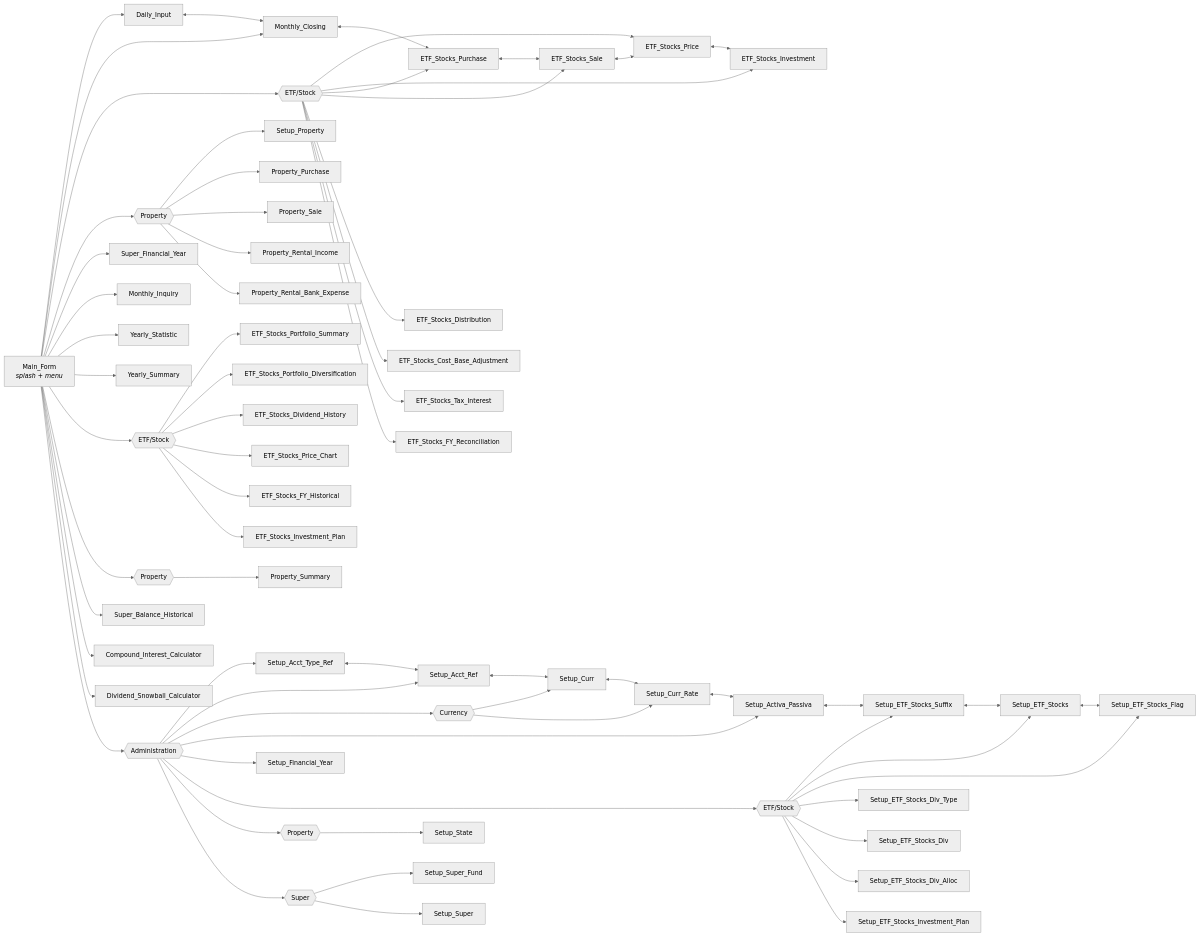
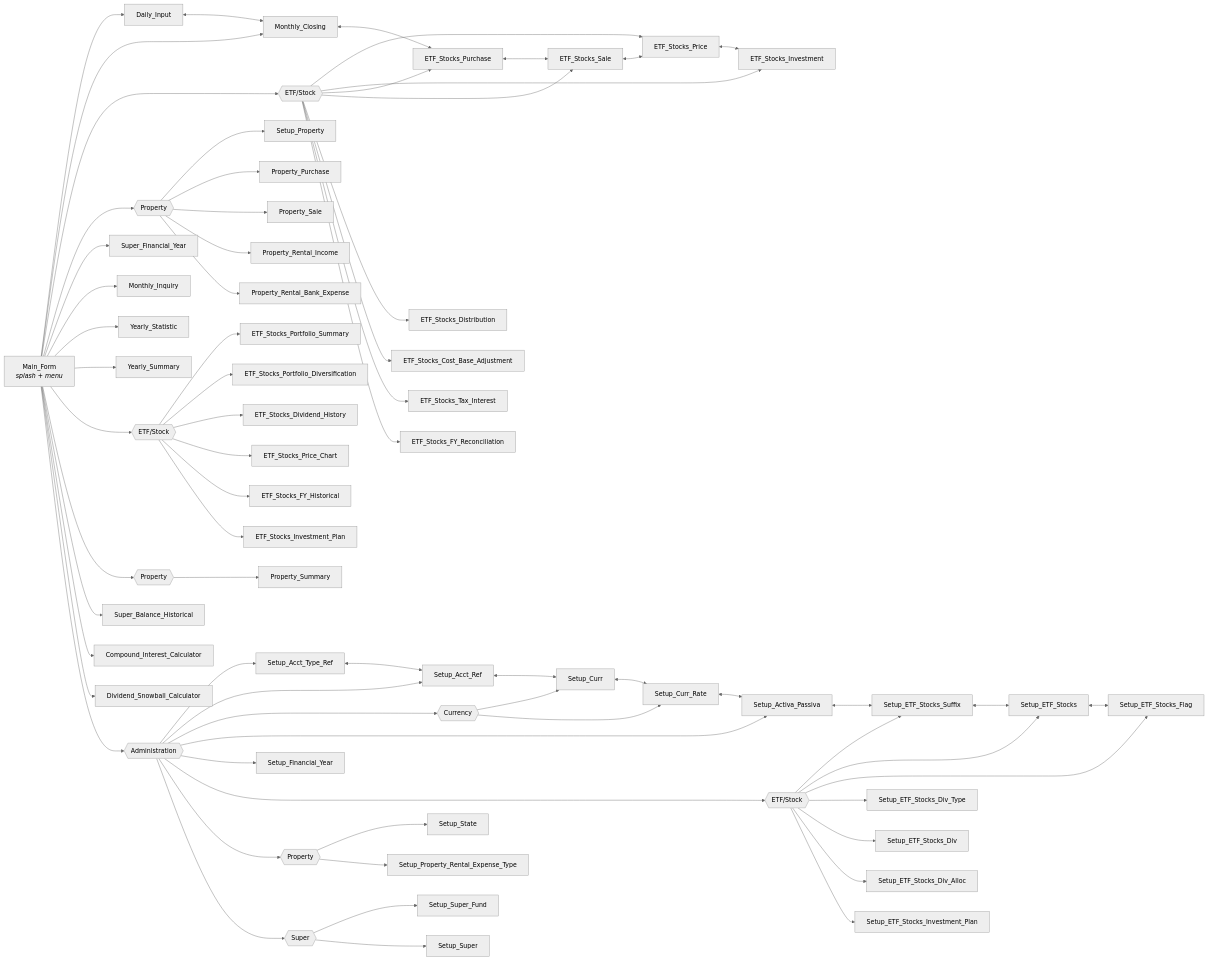
The second of 3 diagrams in README.md (oscar-rijadi/FinancialBalance), drawn with Mermaid (neutral theme) before and after one commit. The commit also changed other lines of this file and 63 other files, not shown here.

Commit message:
Implemen Property Rental Expense Type

````diff
--- a/README.md
+++ b/README.md
@@ -110,74 +110,75 @@
 ```mermaid
 flowchart LR
     MAIN["Main_Form<br/><i>splash + menu</i>"]
 
     MAIN --> DI["Daily_Input"]
     MAIN --> MC["Monthly_Closing"]
     MAIN --> PETFG{{"ETF/Stock"}}
     PETFG --> ETP["ETF_Stocks_Price"]
     PETFG --> ETI["ETF_Stocks_Investment"]
     PETFG --> ETB["ETF_Stocks_Purchase"]
     PETFG --> ETS["ETF_Stocks_Sale"]
     PETFG --> ETD["ETF_Stocks_Distribution"]
     PETFG --> ECB["ETF_Stocks_Cost_Base_Adjustment"]
     PETFG --> ETI2["ETF_Stocks_Tax_Interest"]
     PETFG --> ETR["ETF_Stocks_FY_Reconciliation"]
     MAIN --> PPROPG{{"Property"}}
     PPROPG --> SPROP["Setup_Property"]
     PPROPG --> PPUR["Property_Purchase"]
     PPROPG --> PSAL["Property_Sale"]
     PPROPG --> PRI["Property_Rental_Income"]
     PPROPG --> PRBE["Property_Rental_Bank_Expense"]
     MAIN --> SFYP["Super_Financial_Year"]
     MAIN --> MI["Monthly_Inquiry"]
     MAIN --> YT["Yearly_Statistic"]
     MAIN --> YS["Yearly_Summary"]
     MAIN --> PORTG{{"ETF/Stock"}}
     PORTG --> PSUM["ETF_Stocks_Portfolio_Summary"]
     PORTG --> PDIV["ETF_Stocks_Portfolio_Diversification"]
     PORTG --> PDVH["ETF_Stocks_Dividend_History"]
     PORTG --> PPCH["ETF_Stocks_Price_Chart"]
     PORTG --> PFYH["ETF_Stocks_FY_Historical"]
     PORTG --> PIVP["ETF_Stocks_Investment_Plan"]
     MAIN --> IPROPG{{"Property"}}
     IPROPG --> PSMY["Property_Summary"]
     MAIN --> SBH["Super_Balance_Historical"]
     MAIN --> CIC["Compound_Interest_Calculator"]
     MAIN --> DSC["Dividend_Snowball_Calculator"]
 
     MAIN --> ADMIN{{"Administration"}}
     ADMIN --> SATR["Setup_Acct_Type_Ref"]
     ADMIN --> SAR["Setup_Acct_Ref"]
     ADMIN --> CURG{{"Currency"}}
     CURG --> SC["Setup_Curr"]
     CURG --> SCR["Setup_Curr_Rate"]
     ADMIN --> SAP["Setup_Activa_Passiva"]
     ADMIN --> SFY["Setup_Financial_Year"]
     ADMIN --> ETFG{{"ETF/Stock"}}
     ETFG --> SES["Setup_ETF_Stocks_Suffix"]
     ETFG --> SET["Setup_ETF_Stocks"]
     ETFG --> SEF["Setup_ETF_Stocks_Flag"]
     ETFG --> SDT["Setup_ETF_Stocks_Div_Type"]
     ETFG --> SDV["Setup_ETF_Stocks_Div"]
     ETFG --> SDA["Setup_ETF_Stocks_Div_Alloc"]
     ETFG --> SIP["Setup_ETF_Stocks_Investment_Plan"]
     ADMIN --> PROPG{{"Property"}}
     PROPG --> SST["Setup_State"]
+    PROPG --> SPRET["Setup_Property_Rental_Expense_Type"]
     ADMIN --> SUPG{{"Super"}}
     SUPG --> SSF["Setup_Super_Fund"]
     SUPG --> SSU["Setup_Super"]
 
     DI <--> MC
     MC <--> ETB
     ETB <--> ETS
     ETS <--> ETP
     ETP <--> ETI
 
     SATR <--> SAR
     SAR <--> SC
     SC <--> SCR
     SCR <--> SAP
     SAP <--> SES
     SES <--> SET
     SET <--> SEF
 ```
````
